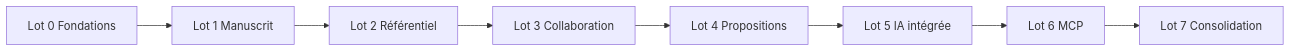
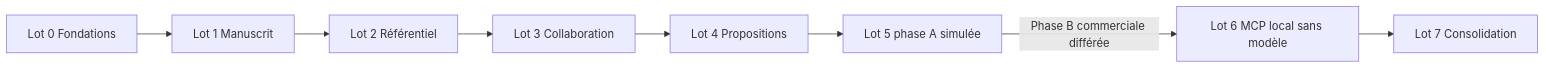
One commit to ZA512/StoryMaster changed the diagram in docs/IMPLEMENTATION-PLAN.md. Above: the diagram before and after it, drawn with Mermaid. The commit also changed other lines of this file and 89 other files, not shown here.

Commit message:
Implement Lot 6 local MCP with OAuth grants and qualification

````diff
--- a/docs/IMPLEMENTATION-PLAN.md
+++ b/docs/IMPLEMENTATION-PLAN.md
@@ -24,10 +24,10 @@
 ```mermaid
 flowchart LR
     L0[Lot 0 Fondations] --> L1[Lot 1 Manuscrit]
     L1 --> L2[Lot 2 Référentiel]
     L2 --> L3[Lot 3 Collaboration]
     L3 --> L4[Lot 4 Propositions]
-    L4 --> L5[Lot 5 IA intégrée]
-    L5 --> L6[Lot 6 MCP]
+    L4 --> L5[Lot 5 phase A simulée]
+    L5 -->|Phase B commerciale différée| L6[Lot 6 MCP local sans modèle]
     L6 --> L7[Lot 7 Consolidation]
 ```
````
